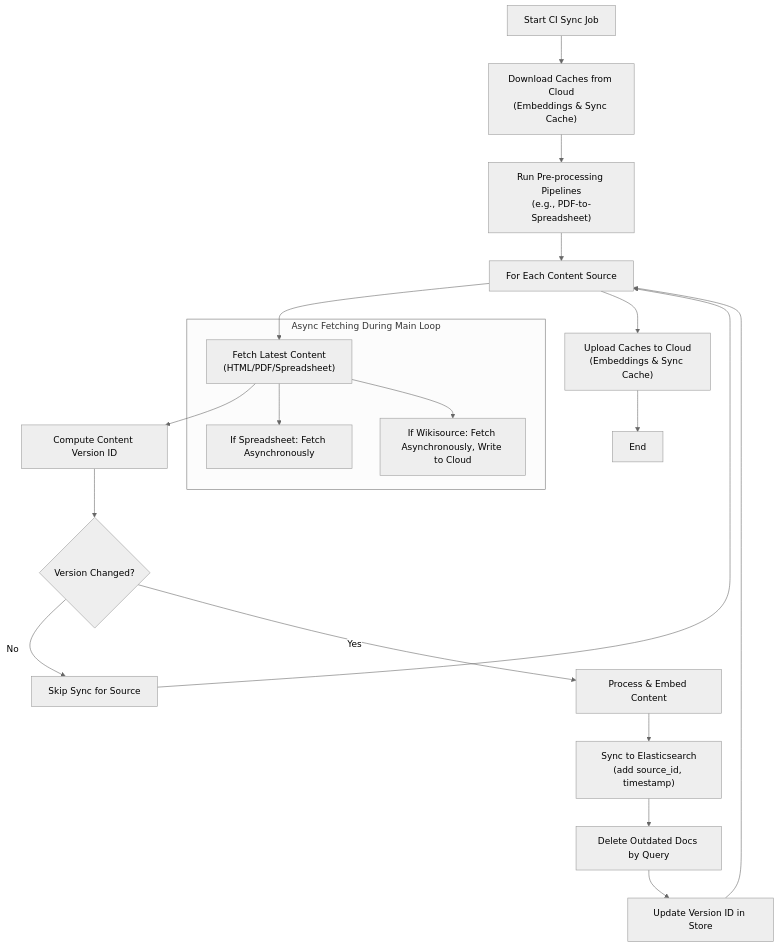
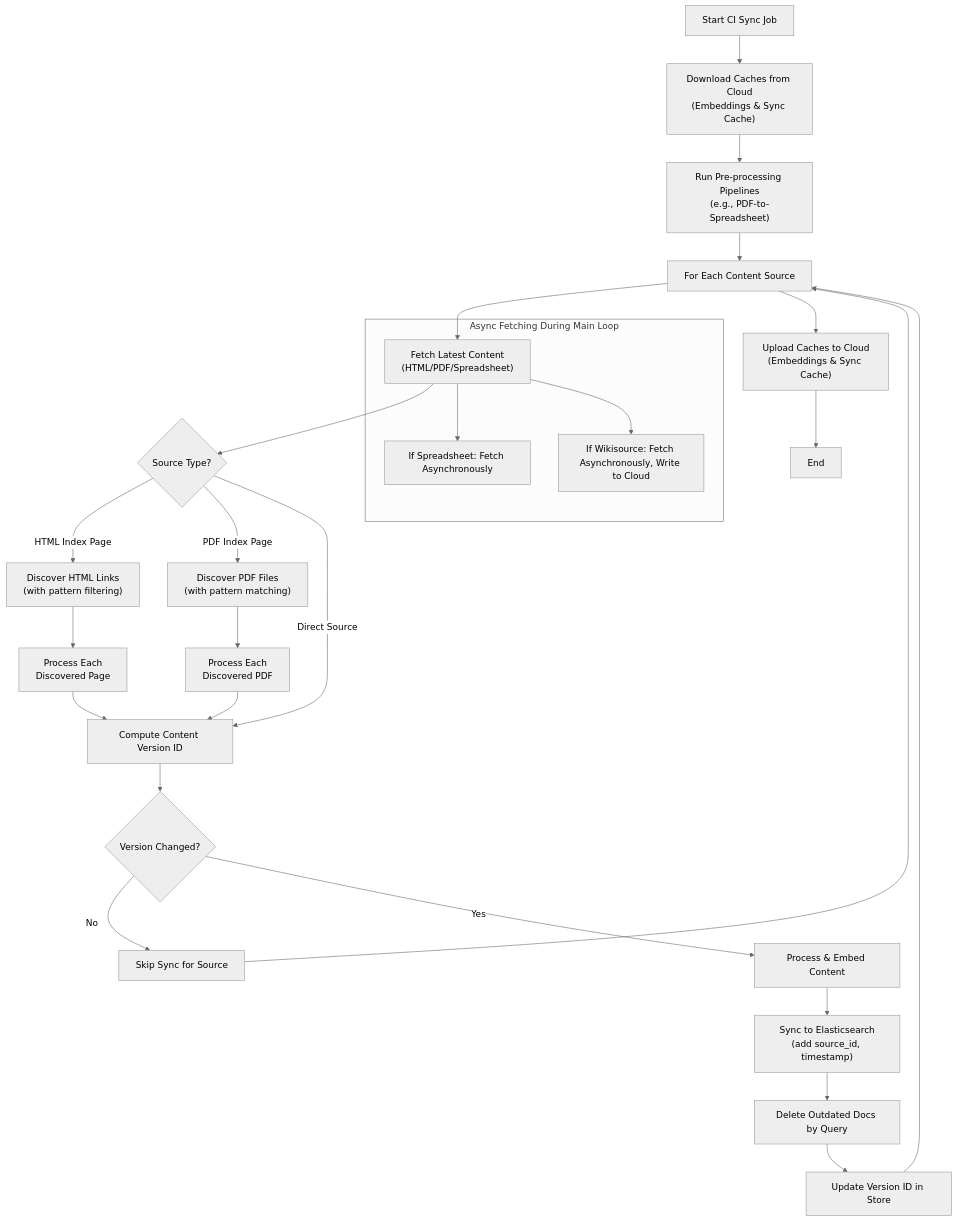
One commit to whiletrue-industries/rebuilding-bots changed the diagram in docs/sync_orchestration_documentation.md. Above: the diagram before and after it, drawn with Mermaid (neutral theme). The commit also changed 1 other file, not shown here.

Commit message:
feat: enhance README and documentation for HTML index page discovery
- Updated README.md to include new features for automated HTML index page discovery, detailing link discovery, pattern filtering, and duplicate prevention.
- Added example usage and a comprehensive explanation of the HTML discovery process.
- Modified sync orchestration documentation to illustrate the new flow for processing HTML index pages, including link discovery and processing steps.

````diff
--- a/docs/sync_orchestration_documentation.md
+++ b/docs/sync_orchestration_documentation.md
@@ -20,29 +20,41 @@
 ```mermaid
 flowchart TD
     A["Start CI Sync Job"] --> B["Download Caches from Cloud<br/>(Embeddings & Sync Cache)"]
     
     B --> PRE["Run Pre-processing Pipelines<br/>(e.g., PDF-to-Spreadsheet)"]
     
     PRE --> C["For Each Content Source"]
     
     C --> D["Fetch Latest Content<br/>(HTML/PDF/Spreadsheet)"]
-    D --> E["Compute Content Version ID"]
+    
+    D --> DISCOVER{"Source Type?"}
+    DISCOVER -- "HTML Index Page" --> HTML_DISCOVER["Discover HTML Links<br/>(with pattern filtering)"]
+    HTML_DISCOVER --> HTML_PROCESS["Process Each<br/>Discovered Page"]
+    HTML_PROCESS --> E
+    
+    DISCOVER -- "PDF Index Page" --> PDF_DISCOVER["Discover PDF Files<br/>(with pattern matching)"]
+    PDF_DISCOVER --> PDF_PROCESS["Process Each<br/>Discovered PDF"]
+    PDF_PROCESS --> E
+    
+    DISCOVER -- "Direct Source" --> E
+    
+    E["Compute Content Version ID"]
     E --> F{"Version Changed?"}
     F -- "No" --> G["Skip Sync for Source"]
     F -- "Yes" --> H["Process & Embed Content"]
     
     H --> I["Sync to Elasticsearch<br/>(add source_id, timestamp)"]
     I --> J["Delete Outdated Docs by Query"]
     J --> K["Update Version ID in Store"]
     
     K --> C
     G --> C
     
     C --> M["Upload Caches to Cloud<br/>(Embeddings & Sync Cache)"]
     M --> N["End"]
 
     subgraph "Async Fetching During Main Loop"
         D --> O["If Spreadsheet: Fetch Asynchronously"]
         D --> P["If Wikisource: Fetch Asynchronously, Write to Cloud"]
     end
 ```
````
